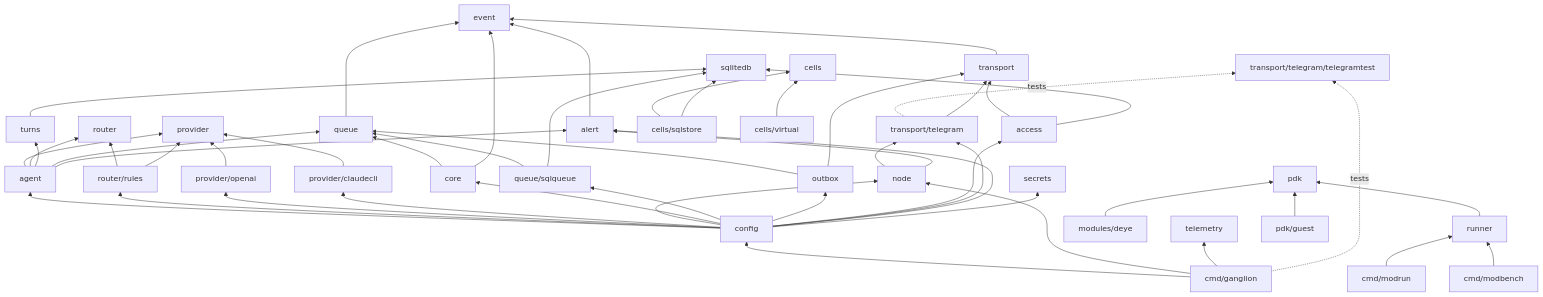
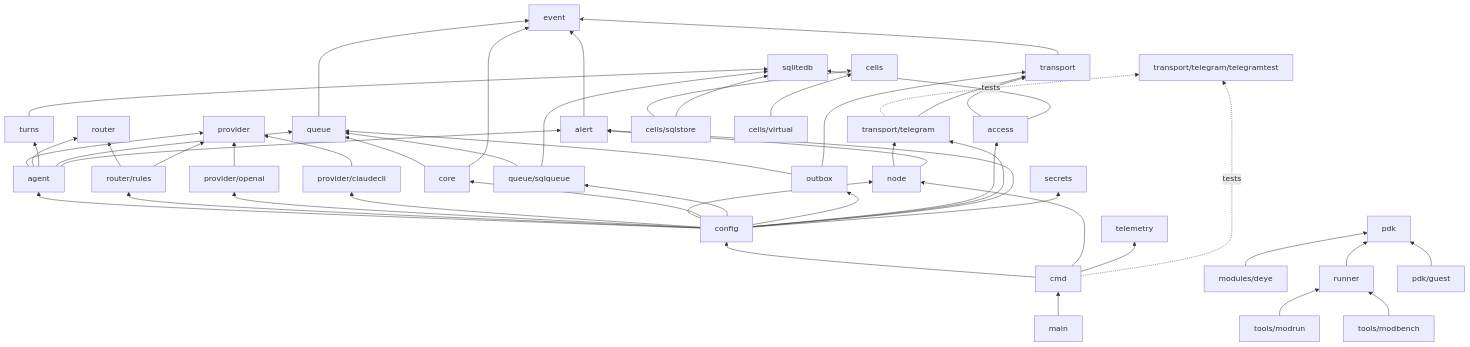
Before and after one commit to igorrius/ganglion: the diagram in docs/architecture/05-code-map.md, drawn with Mermaid. The commit also changed other lines of this file and 32 other files, not shown here.

First line of the commit message:
cmd, main: urfave/cli commands, flags with their variables, build info

````diff
--- a/docs/architecture/05-code-map.md
+++ b/docs/architecture/05-code-map.md
@@ -56,59 +57,60 @@
 ```mermaid
 flowchart BT
     event["event"]
     transport["transport"] --> event
     queue["queue"] --> event
     provider["provider"]
     router["router"]
     openaip["provider/openai"] --> provider
     claudecli["provider/claudecli"] --> provider
     rulesp["router/rules"] --> router
     rulesp --> provider
     turnsp["turns"] --> sqlitedb
     agentp["agent"] --> provider
     agentp --> router
     agentp --> turnsp
     agentp --> queue
     configp --> agentp
     configp --> rulesp
     configp --> openaip
     configp --> claudecli
     node["node"]
     configp["config"] --> node
-    cmd["cmd/ganglion"] --> configp
+    cmd["cmd"] --> configp
+    mainp["main"] --> cmd
     cmd --> node
     cmd --> telemetryp["telemetry"]
     corep["core"] --> queue
     corep --> event
     tgtest["transport/telegram/telegramtest"]
     tgp -. tests .-> tgtest
     cmd -. tests .-> tgtest
     configp --> corep
     configp --> sqlqueue
     configp --> outboxp
     configp --> accessp
     configp --> tgp["transport/telegram"]
     node --> tgp
     node --> alertp
     tgp --> transport
     pdk["pdk"]
     deye["modules/deye"] --> pdk
     runner["runner"] --> pdk
-    modrun["cmd/modrun"] --> runner
-    modbench["cmd/modbench"] --> runner
+    modrun["tools/modrun"] --> runner
+    modbench["tools/modbench"] --> runner
     guest["pdk/guest"] --> pdk
     cellsp["cells"]
     sqlstore["cells/sqlstore"] --> cellsp
     sqlstore --> sqlitedb["sqlitedb"]
     virtualb["cells/virtual"] --> cellsp
     sqlqueue["queue/sqlqueue"] --> queue
     sqlqueue --> sqlitedb
     outboxp["outbox"] --> queue
     outboxp --> transport
     accessp["access"] --> transport
     accessp --> sqlitedb
     alertp["alert"] --> event
     agentp --> alertp
     configp --> alertp
     configp --> secretsp["secrets"]
 ```
````
